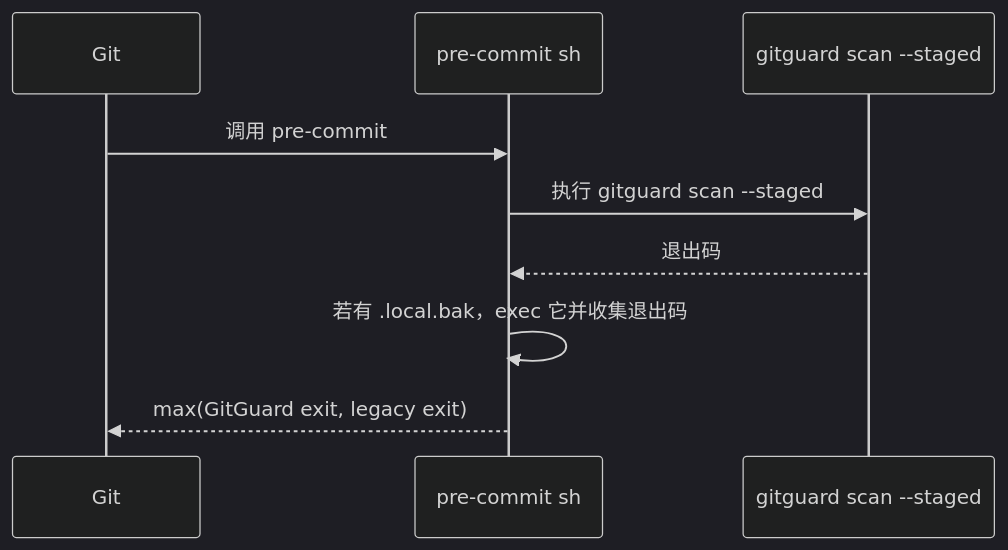
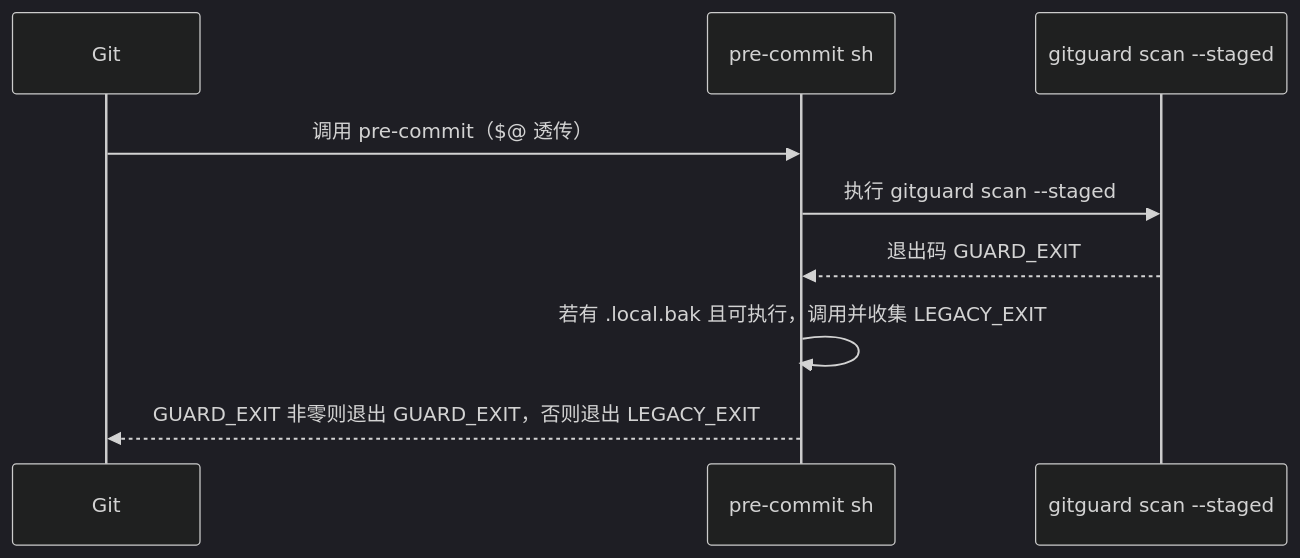
One commit to Camefor/GitGuard changed the second of 3 diagrams in docs/模块设计/Hook.md. Above: the diagram before and after it, drawn with Mermaid (dark theme). The commit also changed other lines of this file and 40 other files, not shown here.

````diff
--- a/docs/模块设计/Hook.md
+++ b/docs/模块设计/Hook.md
@@ -92,11 +107,11 @@
 ```mermaid
 sequenceDiagram
     participant Git
     participant Hook as pre-commit sh
     participant CLI as gitguard scan --staged
-    Git->>Hook: 调用 pre-commit
+    Git->>Hook: 调用 pre-commit（$@ 透传）
     Hook->>CLI: 执行 gitguard scan --staged
-    CLI-->>Hook: 退出码
-    Hook->>Hook: 若有 .local.bak，exec 它并收集退出码
-    Hook-->>Git: max(GitGuard exit, legacy exit)
+    CLI-->>Hook: 退出码 GUARD_EXIT
+    Hook->>Hook: 若有 .local.bak 且可执行，调用并收集 LEGACY_EXIT
+    Hook-->>Git: GUARD_EXIT 非零则退出 GUARD_EXIT，否则退出 LEGACY_EXIT
 ```
````
